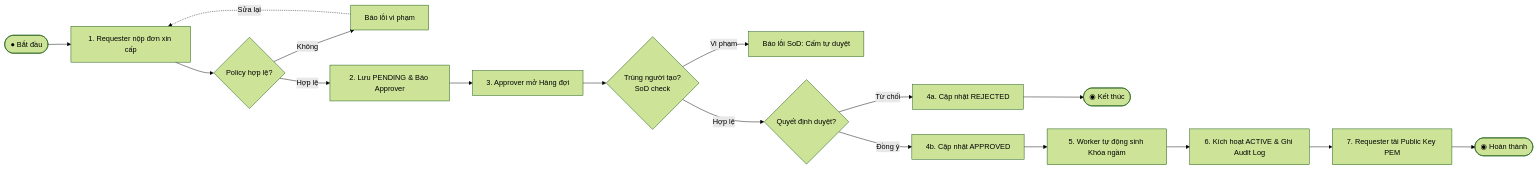
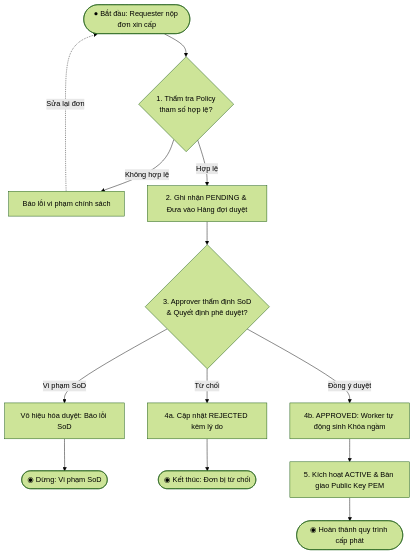
Before and after one commit to Eyblcat12/Cryta: the eighth of 9 diagrams in BAO_CAO_DO_AN_TKHTTT_CRYTA.md, drawn with Mermaid (forest theme). The commit also changed 3 other files, not shown here.

Commit message:
docs: optimize activity diagram to balanced square layout for Word

````diff
--- a/BAO_CAO_DO_AN_TKHTTT_CRYTA.md
+++ b/BAO_CAO_DO_AN_TKHTTT_CRYTA.md
@@ -565,24 +565,21 @@
 ```mermaid
-flowchart LR
-    Start([● Bắt đầu]) --> CreateReq[1. Requester nộp đơn xin cấp]
-    CreateReq --> ValPolicy{Policy hợp lệ?}
-    
-    ValPolicy -->|Không| ShowErr[Báo lỗi vi phạm]
-    ShowErr -.->|Sửa lại| CreateReq
-    ValPolicy -->|Hợp lệ| SaveReq[2. Lưu PENDING & Báo Approver]
-    
-    SaveReq --> ViewQueue[3. Approver mở Hàng đợi]
-    ViewQueue --> CheckSoD{Trùng người tạo?<br/>SoD check}
-    
-    CheckSoD -->|Vi phạm| BlockApprove[Báo lỗi SoD: Cấm tự duyệt]
-    CheckSoD -->|Hợp lệ| Decision{Quyết định duyệt?}
-    
-    Decision -->|Từ chối| RejectReq[4a. Cập nhật REJECTED]
-    RejectReq --> EndFail([◉ Kết thúc])
-    
-    Decision -->|Đồng ý| ApproveReq[4b. Cập nhật APPROVED]
-    ApproveReq --> WorkerGen[5. Worker tự động sinh Khóa ngầm]
-    WorkerGen --> SaveAsset[6. Kích hoạt ACTIVE & Ghi Audit Log]
-    SaveAsset --> DownloadKey[7. Requester tải Public Key PEM]
-    DownloadKey --> EndOk([◉ Hoàn thành])
+flowchart TD
+    Start([● Bắt đầu: Requester nộp đơn xin cấp]) --> CheckPol{1. Thẩm tra Policy<br/>tham số hợp lệ?}
+
+    CheckPol -->|Không hợp lệ| ErrPol[Báo lỗi vi phạm chính sách]
+    ErrPol -.->|Sửa lại đơn| Start
+
+    CheckPol -->|Hợp lệ| Pending[2. Ghi nhận PENDING & Đưa vào Hàng đợi duyệt]
+
+    Pending --> Decide{3. Approver thẩm định SoD<br/>& Quyết định phê duyệt?}
+
+    Decide -->|Vi phạm SoD| BlockSoD[Vô hiệu hóa duyệt: Báo lỗi SoD]
+    BlockSoD --> EndSoD([◉ Dừng: Vi phạm SoD])
+
+    Decide -->|Từ chối| Rej[4a. Cập nhật REJECTED kèm lý do]
+    Rej --> EndRej([◉ Kết thúc: Đơn bị từ chối])
+
+    Decide -->|Đồng ý duyệt| Approve[4b. APPROVED: Worker tự động sinh Khóa ngầm]
+    Approve --> Finish[5. Kích hoạt ACTIVE & Bàn giao Public Key PEM]
+    Finish --> EndOk([◉ Hoàn thành quy trình cấp phát])
 ```
````
